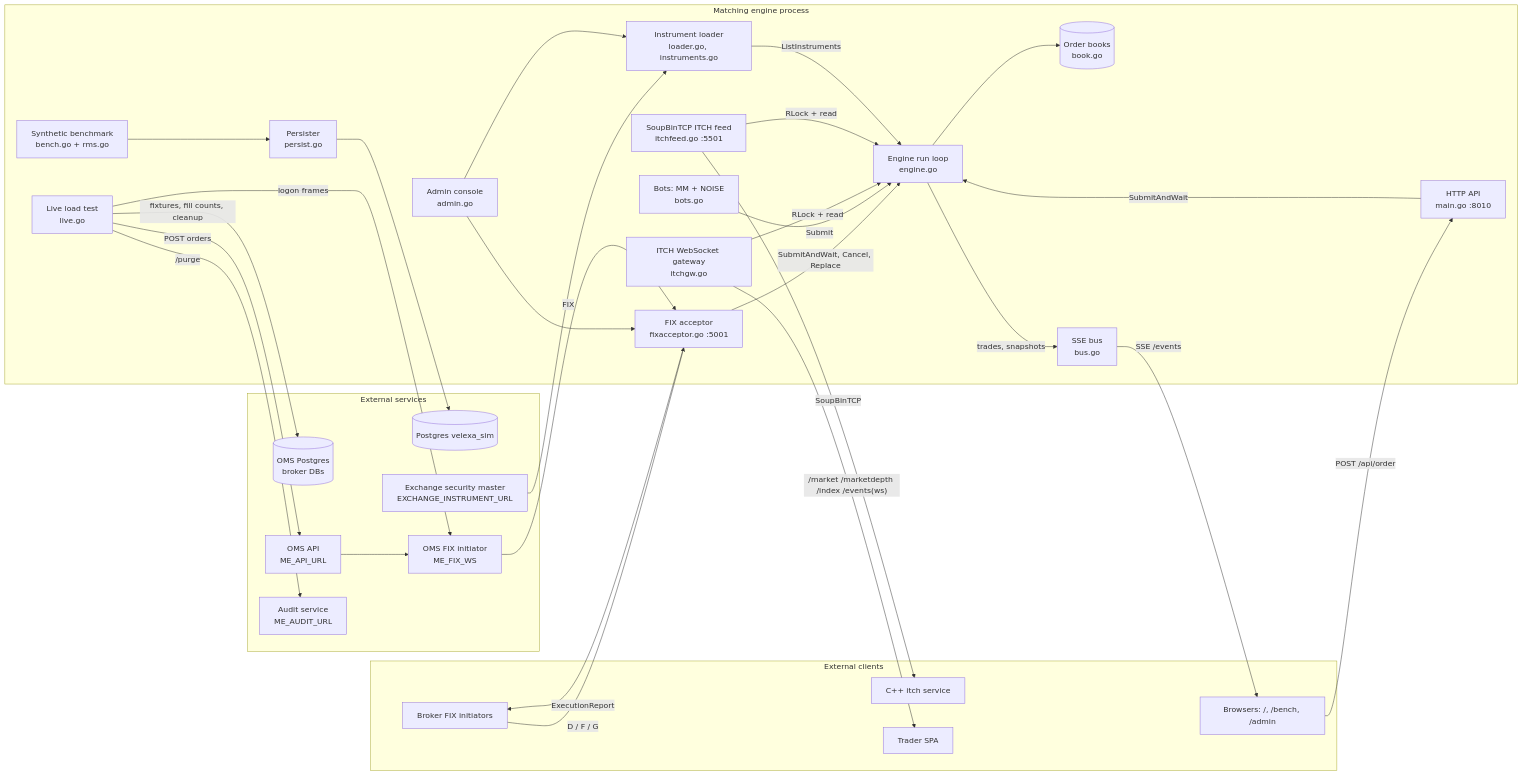
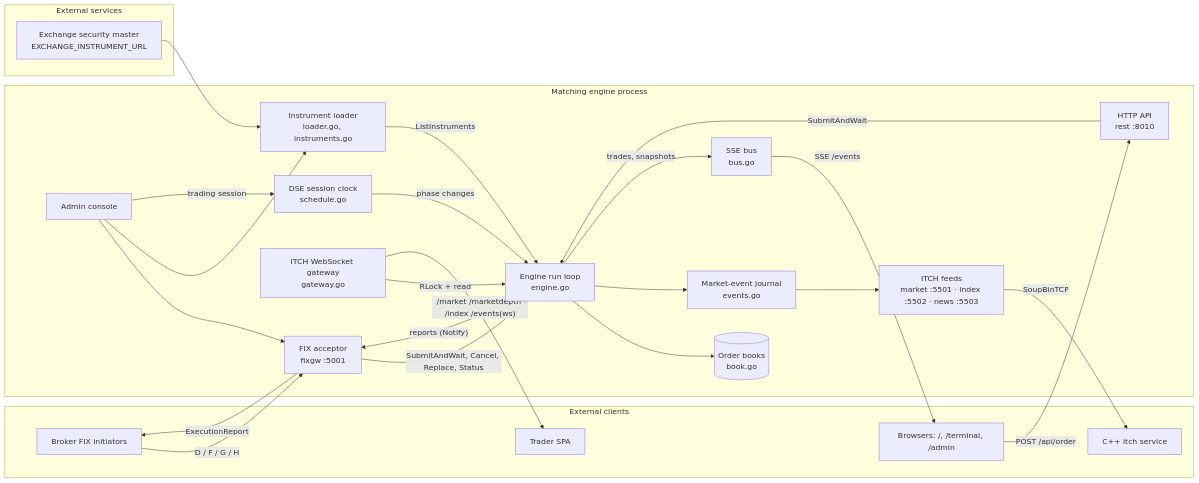
One commit to sabbir-golang/Velexa_Matching_Engine changed the diagram in docs/architecture.md. Above: the diagram before and after it, drawn with Mermaid. The commit also changed other lines of this file and 73 other files, not shown here.

Commit message:
Add Market Session

````diff
--- a/docs/architecture.md
+++ b/docs/architecture.md
@@ -9,58 +9,48 @@
 ```mermaid
 flowchart LR
     subgraph clients[External clients]
         BRK[Broker FIX initiators]
         CPP[C++ itch service]
         SPA[Trader SPA]
-        WEB["Browsers: /, /bench, /admin"]
+        WEB["Browsers: /, /terminal, /admin"]
     end
 
     subgraph me[Matching engine process]
-        FIXA[FIX acceptor<br/>fixacceptor.go :5001]
-        HTTP[HTTP API<br/>main.go :8010]
-        ADM[Admin console<br/>admin.go]
+        FIXA[FIX acceptor<br/>fixgw :5001]
+        HTTP[HTTP API<br/>rest :8010]
+        ADM[Admin console]
         ENG[Engine run loop<br/>engine.go]
         BOOKS[(Order books<br/>book.go)]
-        BOTS[Bots: MM + NOISE<br/>bots.go]
+        JRN[Market-event journal<br/>events.go]
+        CLK[DSE session clock<br/>schedule.go]
         BUS[SSE bus<br/>bus.go]
-        GW[ITCH WebSocket gateway<br/>itchgw.go]
-        FEED[SoupBinTCP ITCH feed<br/>itchfeed.go :5501]
+        GW[ITCH WebSocket gateway<br/>gateway.go]
+        FEED[ITCH feeds<br/>market :5501 · index :5502 · news :5503]
         LOAD[Instrument loader<br/>loader.go, instruments.go]
-        BENCH[Synthetic benchmark<br/>bench.go + rms.go]
-        PERS[Persister<br/>persist.go]
-        LIVE[Live load test<br/>live.go]
     end
 
     subgraph ext[External services]
-        PG[(Postgres velexa_sim)]
-        OMSPG[(OMS Postgres<br/>broker DBs)]
-        API[OMS API<br/>ME_API_URL]
-        FIXI[OMS FIX initiator<br/>ME_FIX_WS]
-        AUD[Audit service<br/>ME_AUDIT_URL]
         XM[Exchange security master<br/>EXCHANGE_INSTRUMENT_URL]
     end
 
-    BRK -- "D / F / G" --> FIXA
-    FIXA -- "SubmitAndWait, Cancel, Replace" --> ENG
+    BRK -- "D / F / G / H" --> FIXA
+    FIXA -- "SubmitAndWait, Cancel, Replace, Status" --> ENG
+    ENG -- "reports (Notify)" --> FIXA
     FIXA -- "ExecutionReport" --> BRK
     WEB -- "POST /api/order" --> HTTP
     HTTP -- "SubmitAndWait" --> ENG
-    BOTS -- "Submit" --> ENG
+    CLK -- "phase changes" --> ENG
     ENG --> BOOKS
+    ENG --> JRN
+    JRN --> FEED
+    FEED -- "SoupBinTCP" --> CPP
     ENG -- "trades, snapshots" --> BUS
     BUS -- "SSE /events" --> WEB
     GW -- "RLock + read" --> ENG
     GW -- "/market /marketdepth /index /events(ws)" --> SPA
-    FEED -- "RLock + read" --> ENG
-    FEED -- "SoupBinTCP" --> CPP
     XM --> LOAD
     LOAD -- "ListInstruments" --> ENG
     ADM --> FIXA
     ADM --> LOAD
-    BENCH --> PERS --> PG
-    LIVE -- "POST orders" --> API
-    LIVE -- "logon frames" --> FIXI
-    API --> FIXI -- "FIX" --> FIXA
-    LIVE -- "fixtures, fill counts, cleanup" --> OMSPG
-    LIVE -- "/purge" --> AUD
+    ADM -- "trading session" --> CLK
 ```
````
